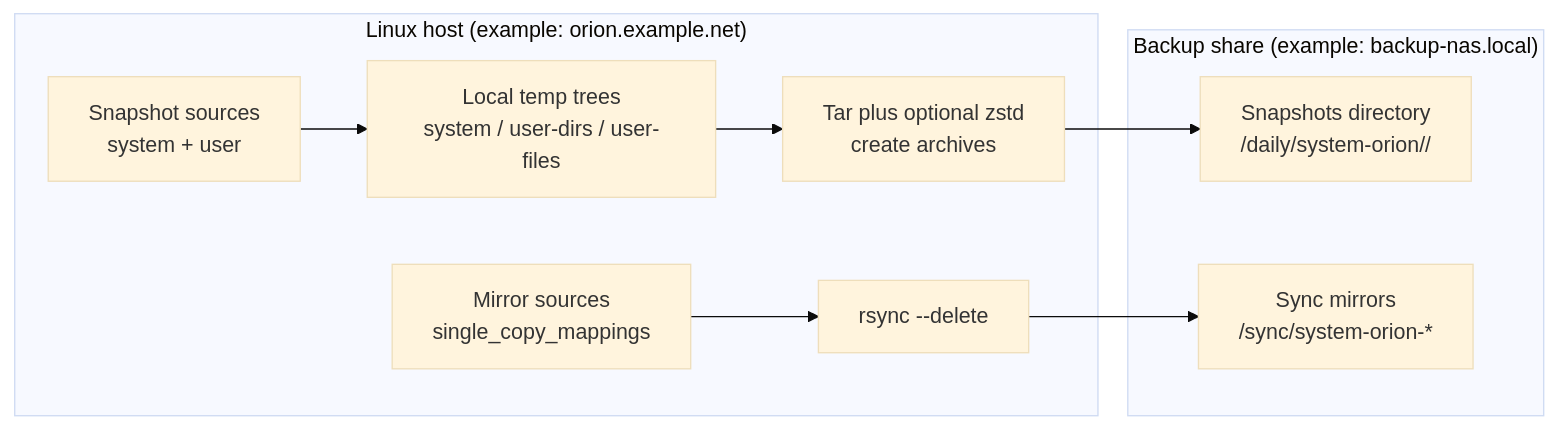
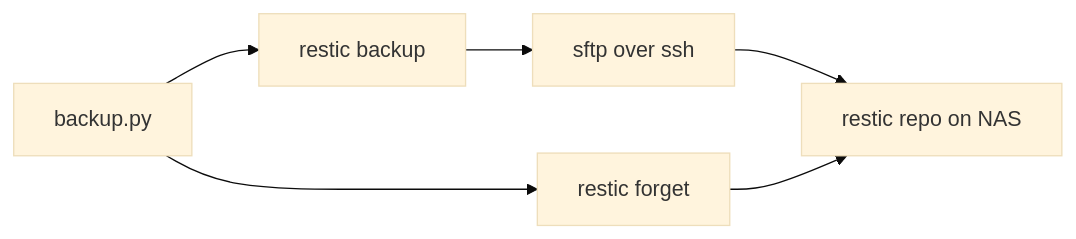
One commit to zuzupebbles/zuzu-system-backup changed the second of 2 diagrams in README.md. Above: the diagram before and after it, drawn with Mermaid (base theme). The commit also changed other lines of this file and 3 other files, not shown here.

Commit message:
Added Restic snapshot support

`````diff
--- a/README.md
+++ b/README.md
@@ -53,14 +79,8 @@
 ```mermaid
 flowchart LR
-    subgraph Host["Linux host (example: orion.example.net)"]
-        A[Snapshot sources\nsystem + user] --> B[Local temp trees\nsystem / user-dirs / user-files]
-        B --> C[Tar plus optional zstd\ncreate archives]
-        D[Mirror sources\nsingle_copy_mappings] --> E[rsync --delete]
-    end
-
-subgraph NAS["Backup share (example: backup-nas.local)"]
-C --> F[Snapshots directory\n/daily/system-orion/<timestamp>/]
-E --> G[Sync mirrors\n/sync/system-orion-*]
-end
-
-````
+  A[backup.py] --> B[restic backup]
+  B --> C[sftp over ssh]
+  C --> D[restic repo on NAS]
+  A --> E[restic forget]
+  E --> D
+```
`````
